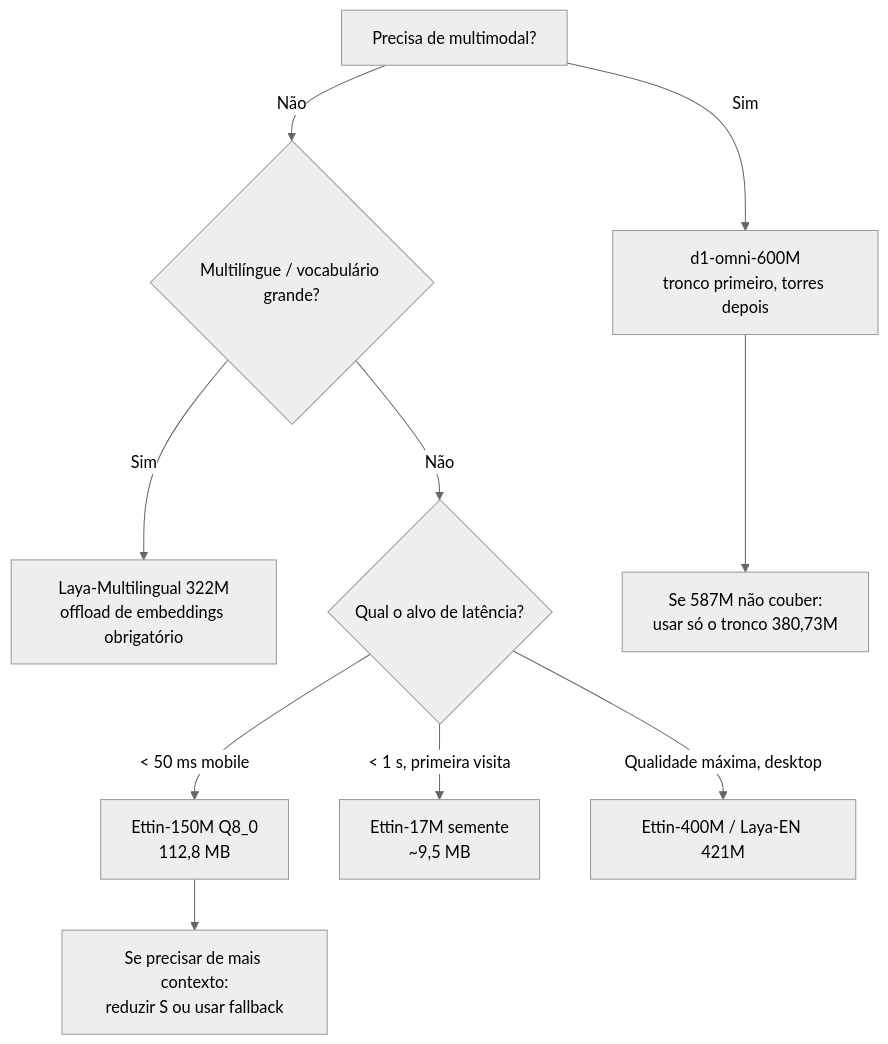
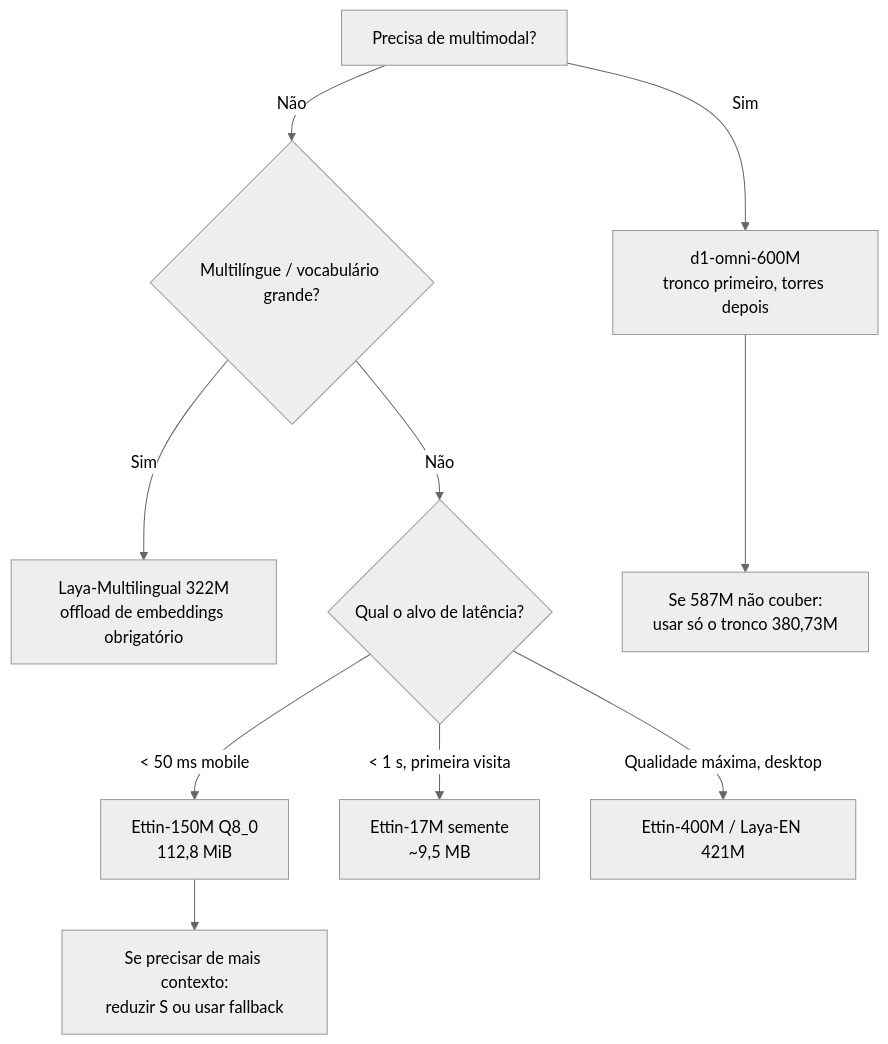
One commit to frederico-kluser/som-webcore changed the third of 3 diagrams in README.md. Above: the diagram before and after it, drawn with Mermaid (neutral theme). The commit also changed other lines of this file and 1 other file, not shown here.

````diff
--- a/README.md
+++ b/README.md
@@ -683,12 +725,12 @@
 ```mermaid
 flowchart TD
     A[Precisa de multimodal?] -->|Sim| B[d1-omni-600M<br/>tronco primeiro, torres depois]
     A -->|Não| C{Multilíngue / vocabulário grande?}
     C -->|Sim| D[Laya-Multilingual 322M<br/>offload de embeddings obrigatório]
     C -->|Não| E{Qual o alvo de latência?}
-    E -->|"< 50 ms mobile"| F[Ettin-150M Q8_0<br/>112,8 MB]
+    E -->|"< 50 ms mobile"| F[Ettin-150M Q8_0<br/>112,8 MiB]
     E -->|"< 1 s, primeira visita"| G[Ettin-17M semente<br/>~9,5 MB]
     E -->|"Qualidade máxima, desktop"| H[Ettin-400M / Laya-EN 421M]
     F --> I[Se precisar de mais contexto:<br/>reduzir S ou usar fallback]
     B --> J[Se 587M não couber:<br/>usar só o tronco 380,73M]
 ```
````
